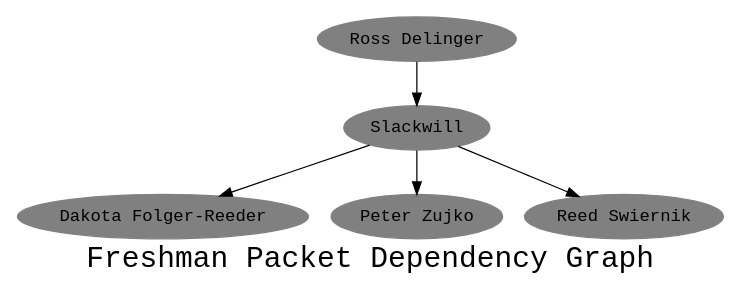
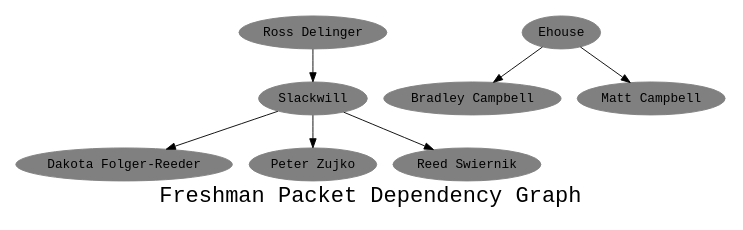
Before and after one commit to robgssp/CSHDigraph: the diagram in dep.gv, drawn with Graphviz.

Commit message:
Added ehouse Deps

```diff
--- a/dep.gv
+++ b/dep.gv
@@ -1,21 +1,26 @@
 digraph "Packet Dependencies" {
 	graph [ fontname = "Monospace",
 	      	fontsize = 24,
 		label = "Freshman Packet Dependency Graph",
 		size = "6,6" ];
 	node [	shape = oval,
 	     	color = grey,
 		style = filled,
 		fontname = "Monospace" ];
 
 	"Dakota Folger-Reeder";
 	"Peter Zujko";
 	"Reed Swiernik";
 	"Ross Delinger";
 	"Slackwill";
+        "Ehouse";
+        "Bradley Campbell";
+        "Matt Campbell";
 
 	"Ross Delinger" -> "Slackwill";
 	"Slackwill" -> "Reed Swiernik";
 	"Slackwill" -> "Peter Zujko";
 	"Slackwill" -> "Dakota Folger-Reeder";
+        "Ehouse" -> "Bradley Campbell";
+        "Ehouse" -> "Matt Campbell";
 }
```
